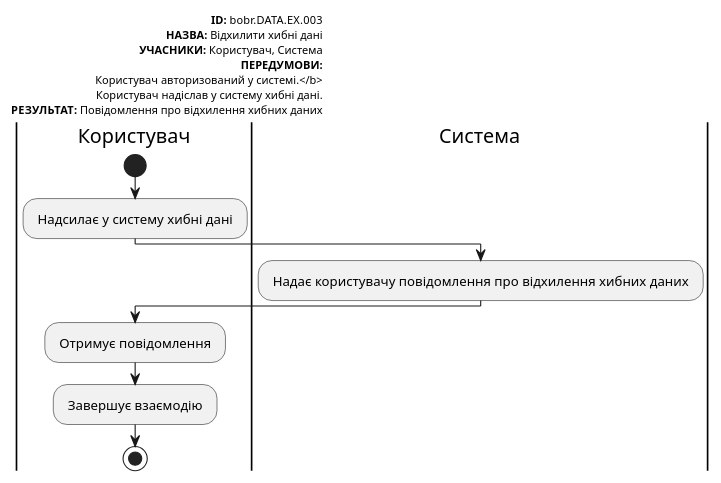
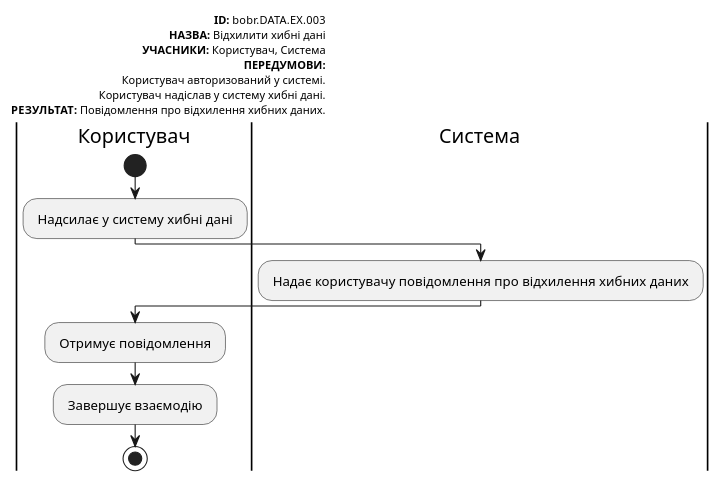
One commit to bochka123/bobryataStars changed the eighth of 8 diagrams in docs/use cases/README.md. Above: the diagram before and after it, drawn with PlantUML. The commit also changed other lines of this file, not shown here.

```diff
--- a/docs/use cases/README.md
+++ b/docs/use cases/README.md
@@ -345,27 +345,27 @@
   @startuml
 
         left header
              <font color=000 size=10><b>ID:</b> bobr.DATA.EX.003
              <font color=000 size=10><b>НАЗВА:</b> Відхилити хибні дані
              <font color=000 size=10><b>УЧАСНИКИ:</b> Користувач, Система
              <font color=000 size=10><b>ПЕРЕДУМОВИ:</b>
-             <font color=000 size=10>Користувач авторизований у системі.</b>
+             <font color=000 size=10>Користувач авторизований у системі.
              <font color=000 size=10>Користувач надіслав у систему хибні дані.
-             <font color=000 size=10><b>РЕЗУЛЬТАТ:</b> Повідомлення про відхилення хибних даних
+             <font color=000 size=10><b>РЕЗУЛЬТАТ:</b> Повідомлення про відхилення хибних даних.
          end header
 
          |Користувач|
              start
              : Надсилає у систему хибні дані ;
 
          |Система|
              : Надає користувачу повідомлення про відхилення хибних даних ;
 
          |Користувач|
              : Отримує повідомлення ;
 
              : Завершує взаємодію ;
 
              stop;
 
   @enduml
```
